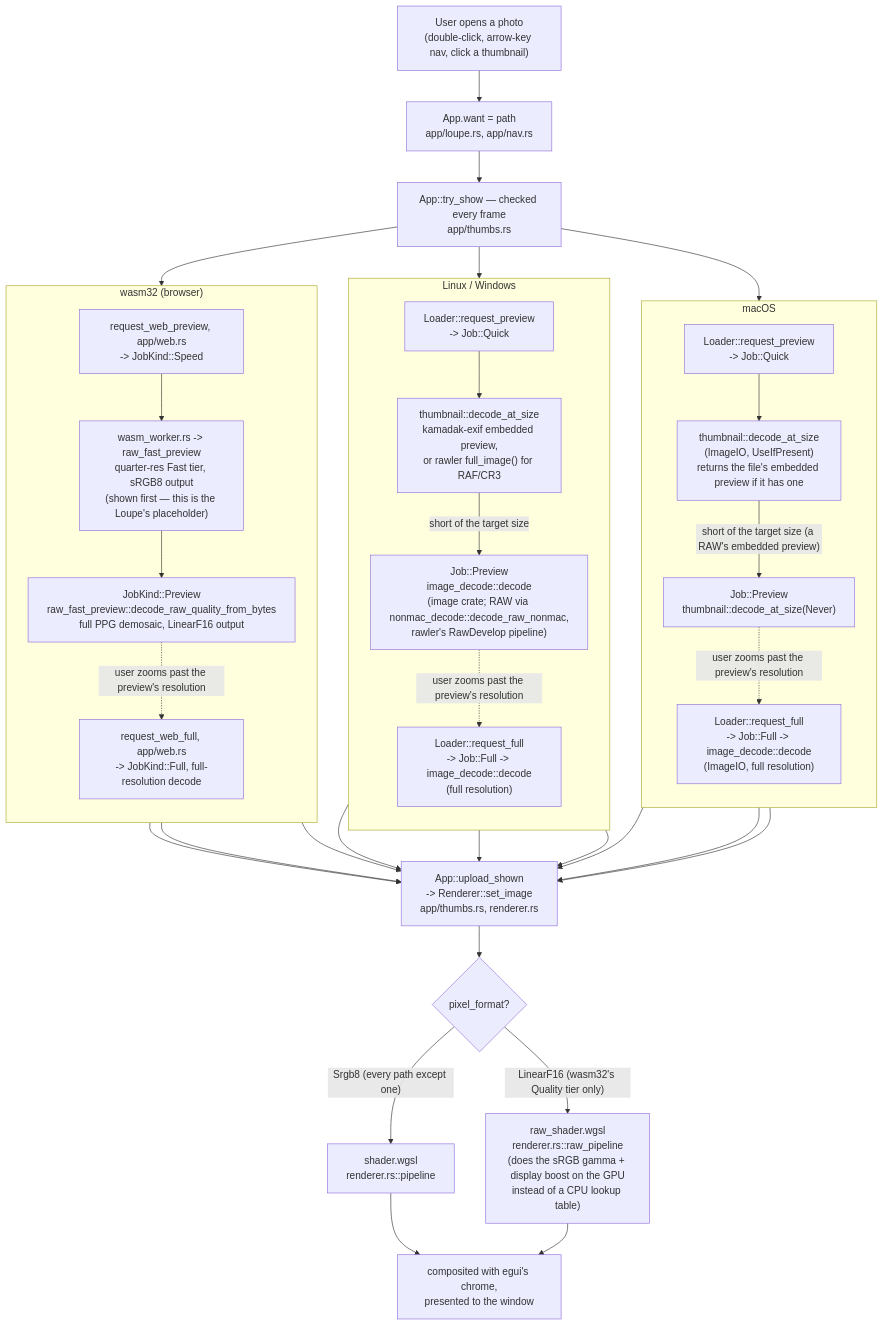
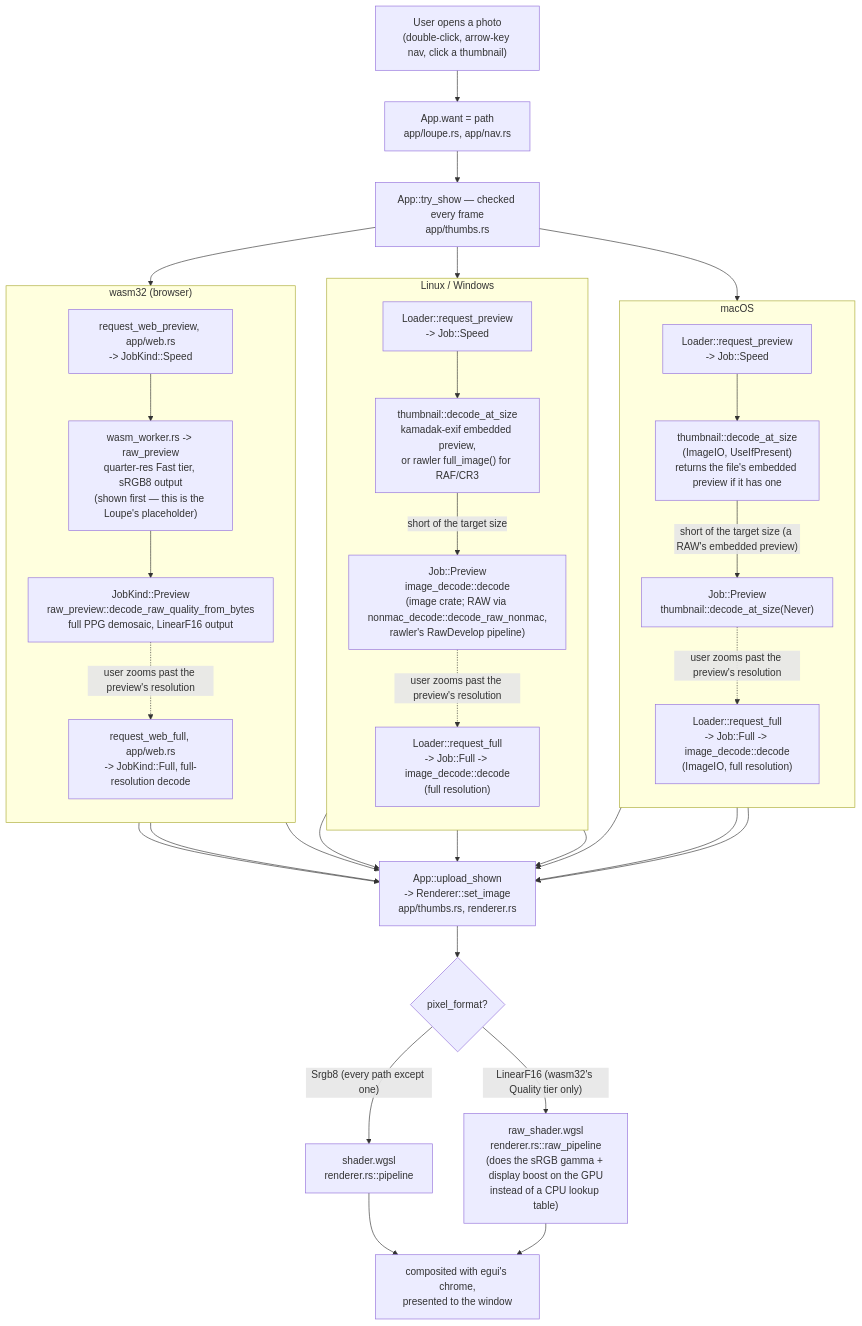
One commit to andrewyao/lightphotos changed the first of 3 diagrams in ARCHITECTURE.md. Above: the diagram before and after it, drawn with Mermaid. The commit also changed other lines of this file and 14 other files, not shown here.

````diff
--- a/ARCHITECTURE.md
+++ b/ARCHITECTURE.md
@@ -53,47 +53,47 @@
 ```mermaid
 flowchart TD
     open["User opens a photo\n(double-click, arrow-key nav, click a thumbnail)"]
     open --> want["App.want = path\napp/loupe.rs, app/nav.rs"]
     want --> tryshow["App::try_show — checked every frame\napp/thumbs.rs"]
 
     subgraph mac["macOS"]
         direction TB
-        mq["Loader::request_preview\n-> Job::Quick"] --> mqd["thumbnail::decode_at_size\n(ImageIO, UseIfPresent)\nreturns the file's embedded preview if it has one"]
+        mq["Loader::request_preview\n-> Job::Speed"] --> mqd["thumbnail::decode_at_size\n(ImageIO, UseIfPresent)\nreturns the file's embedded preview if it has one"]
         mqd -- "short of the target size (a RAW's embedded preview)" --> mp["Job::Preview\nthumbnail::decode_at_size(Never)"]
         mp -.->|user zooms past the preview's resolution| mf["Loader::request_full\n-> Job::Full -> image_decode::decode\n(ImageIO, full resolution)"]
     end
 
     subgraph other["Linux / Windows"]
         direction TB
-        lq["Loader::request_preview\n-> Job::Quick"] --> lqd["thumbnail::decode_at_size\nkamadak-exif embedded preview,\nor rawler full_image() for RAF/CR3"]
+        lq["Loader::request_preview\n-> Job::Speed"] --> lqd["thumbnail::decode_at_size\nkamadak-exif embedded preview,\nor rawler full_image() for RAF/CR3"]
         lqd -- "short of the target size" --> lp["Job::Preview\nimage_decode::decode\n(image crate; RAW via nonmac_decode::decode_raw_nonmac,\nrawler's RawDevelop pipeline)"]
         lp -.->|user zooms past the preview's resolution| lf["Loader::request_full\n-> Job::Full -> image_decode::decode\n(full resolution)"]
     end
 
     subgraph web["wasm32 (browser)"]
         direction TB
-        wt["request_web_preview, app/web.rs\n-> JobKind::Speed"] --> wtd["wasm_worker.rs -> raw_fast_preview\nquarter-res Fast tier, sRGB8 output\n(shown first — this is the Loupe's placeholder)"]
-        wtd --> wp["JobKind::Preview\nraw_fast_preview::decode_raw_quality_from_bytes\nfull PPG demosaic, LinearF16 output"]
+        wt["request_web_preview, app/web.rs\n-> JobKind::Speed"] --> wtd["wasm_worker.rs -> raw_preview\nquarter-res Fast tier, sRGB8 output\n(shown first — this is the Loupe's placeholder)"]
+        wtd --> wp["JobKind::Preview\nraw_preview::decode_raw_quality_from_bytes\nfull PPG demosaic, LinearF16 output"]
         wp -.->|user zooms past the preview's resolution| wf["request_web_full, app/web.rs\n-> JobKind::Full, full-resolution decode"]
     end
 
     tryshow --> mq
     tryshow --> lq
     tryshow --> wt
 
     mqd --> upload["App::upload_shown\n-> Renderer::set_image\napp/thumbs.rs, renderer.rs"]
     mp --> upload
     mf --> upload
     lqd --> upload
     lp --> upload
     lf --> upload
     wtd --> upload
     wp --> upload
     wf --> upload
 
     upload --> gpu{"pixel_format?"}
     gpu -- "Srgb8 (every path except one)" --> shader["shader.wgsl\nrenderer.rs::pipeline"]
     gpu -- "LinearF16 (wasm32's Quality tier only)" --> rawshader["raw_shader.wgsl\nrenderer.rs::raw_pipeline\n(does the sRGB gamma + display boost on the GPU\ninstead of a CPU lookup table)"]
     shader --> screen["composited with egui's chrome,\npresented to the window"]
     rawshader --> screen
 ```
````
